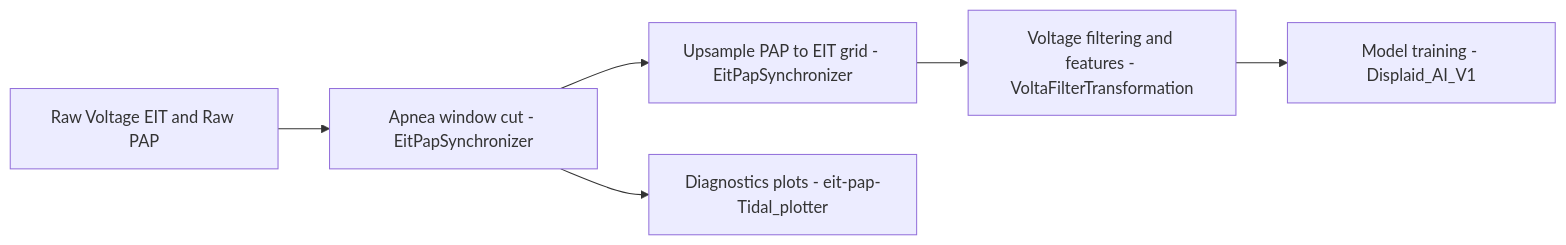
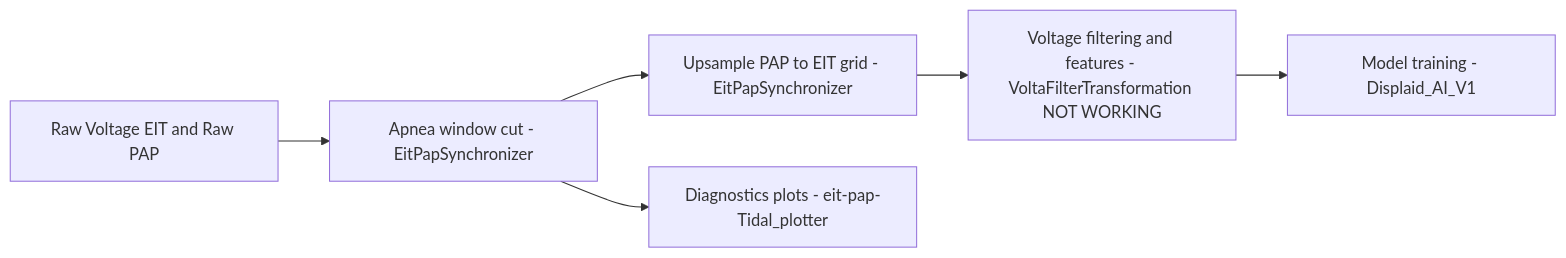
Before and after one commit to ccfbeltran/Displaid_AI: the diagram in README.md, drawn with Mermaid. The commit also changed 6 other files, not shown here.

````diff
--- a/README.md
+++ b/README.md
@@ -10,9 +10,9 @@
 ```mermaid
 graph LR
     A[Raw Voltage EIT and Raw PAP] --> B[Apnea window cut - EitPapSynchronizer]  
     B --> C[Upsample PAP to EIT grid - EitPapSynchronizer]
-    C --> D[Voltage filtering and features - VoltaFilterTransformation]
+    C --> D[Voltage filtering and features - VoltaFilterTransformation NOT WORKING]
     D --> E[Model training - Displaid_AI_V1]
     B --> F[Diagnostics plots - eit-pap-Tidal_plotter]
     
 ```
````
